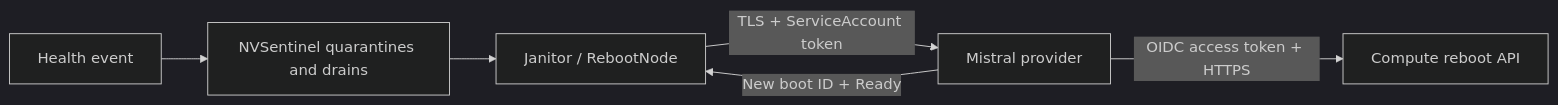
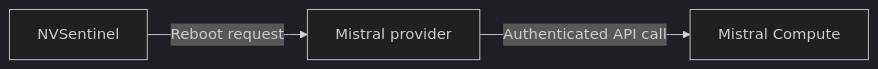
The diagram in README.md (mistralai/nvsentinel-provider-mistral), drawn with Mermaid (dark theme) before and after one commit. The commit also changed other lines of this file and 5 other files, not shown here.

````diff
--- a/README.md
+++ b/README.md
@@ -18,8 +9,5 @@
 ```mermaid
 flowchart LR
-    A[Health event] --> B[NVSentinel quarantines and drains]
-    B --> C[Janitor / RebootNode]
-    C -->|TLS + ServiceAccount token| D[Mistral provider]
-    D -->|OIDC access token + HTTPS| E[Compute reboot API]
-    D -->|New boot ID + Ready| C
+    A[NVSentinel] -->|Reboot request| B[Mistral provider]
+    B -->|Authenticated API call| C[Mistral Compute]
 ```
````
